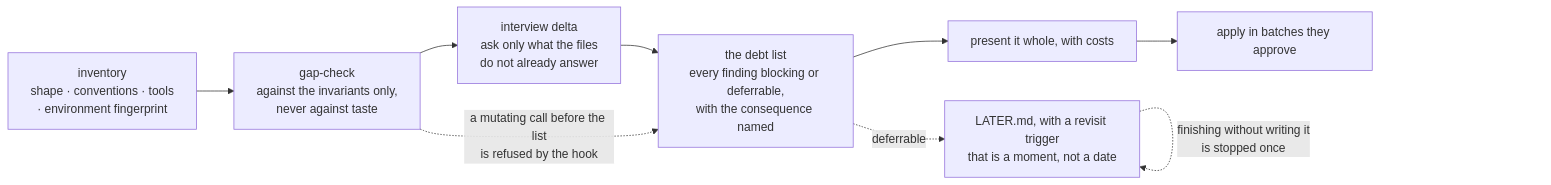
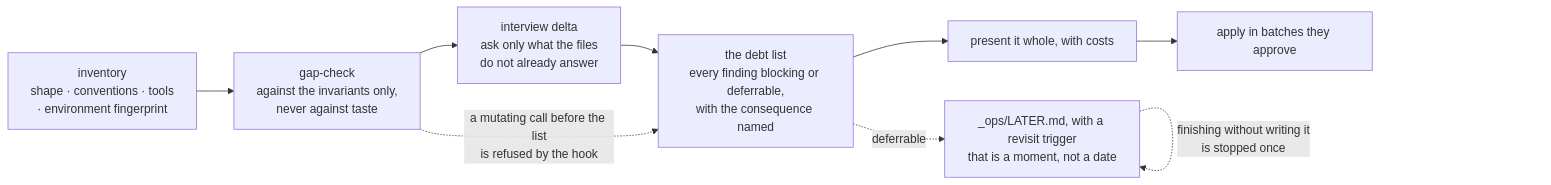
Before and after one commit to jamillazarev/opsinist: diagram 14 of 24 in diagrams.md, drawn with Mermaid. The commit also changed other lines of this file and 23 other files, not shown here.

````diff
--- a/diagrams.md
+++ b/diagrams.md
@@ -275,11 +275,11 @@
 ```mermaid
 flowchart LR
   I[inventory<br/>shape · conventions · tools<br/>· environment fingerprint] --> G[gap-check<br/>against the invariants only,<br/>never against taste]
   G --> D[interview delta<br/>ask only what the files<br/>do not already answer]
   D --> L[the debt list<br/>every finding blocking or deferrable,<br/>with the consequence named]
   L --> P[present it whole, with costs]
   P --> A[apply in batches they approve]
-  L -.->|deferrable| R[LATER.md, with a revisit trigger<br/>that is a moment, not a date]
+  L -.->|deferrable| R[_ops/LATER.md, with a revisit trigger<br/>that is a moment, not a date]
   G -. "a mutating call before the list<br/>is refused by the hook" .-> L
   R -. "finishing without writing it<br/>is stopped once" .-> R
 ```
````
